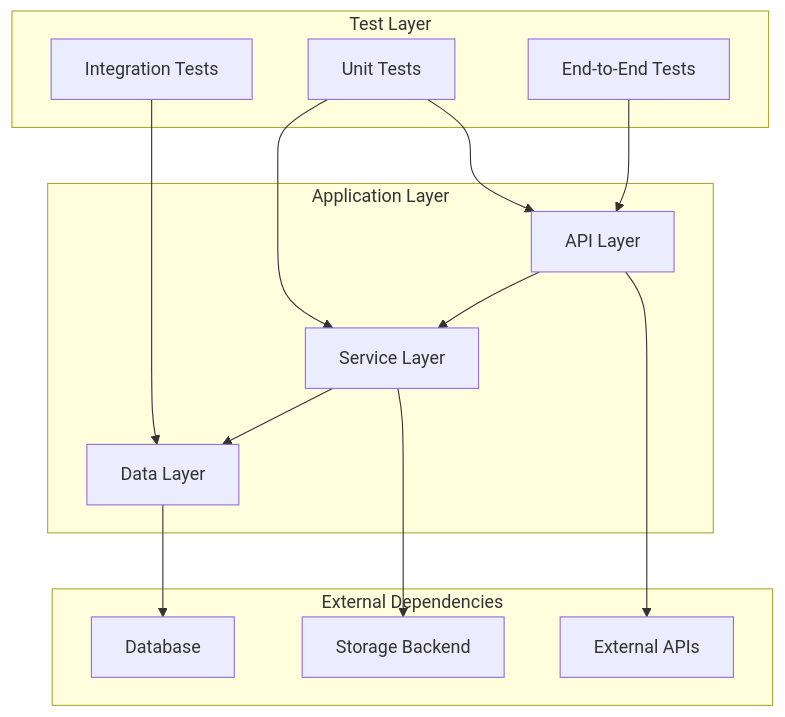
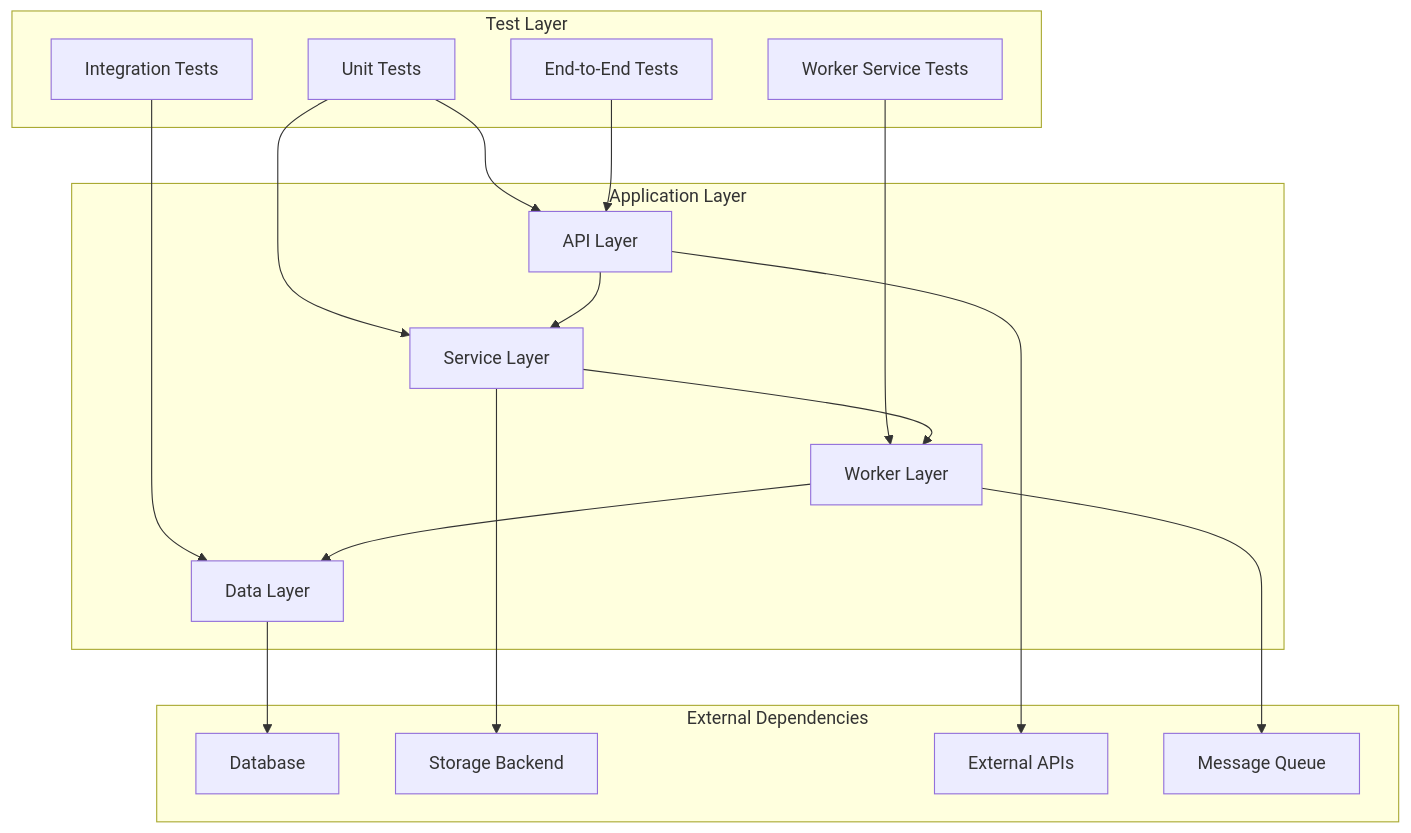
One commit to zuohaisu/wecom-archive changed the second of 8 diagrams in .qoder/repowiki/en/content/Testing & Quality Assurance/Unit Testing.md. Above: the diagram before and after it, drawn with Mermaid. The commit also changed other lines of this file and 90 other files, not shown here.

````diff
--- a/.qoder/repowiki/en/content/Testing & Quality Assurance/Unit Testing.md
+++ b/.qoder/repowiki/en/content/Testing & Quality Assurance/Unit Testing.md
@@ -110,27 +135,33 @@
 ```mermaid
 graph TD
 subgraph "Test Layer"
 unit_tests["Unit Tests"]
 integration_tests["Integration Tests"]
+worker_tests["Worker Service Tests"]
 e2e_tests["End-to-End Tests"]
 end
 subgraph "Application Layer"
 api_layer["API Layer"]
 service_layer["Service Layer"]
+worker_layer["Worker Layer"]
 data_layer["Data Layer"]
 end
 subgraph "External Dependencies"
 database["Database"]
 storage["Storage Backend"]
 external_apis["External APIs"]
+queue["Message Queue"]
 end
 unit_tests --> api_layer
 unit_tests --> service_layer
+worker_tests --> worker_layer
 integration_tests --> data_layer
 e2e_tests --> api_layer
 api_layer --> service_layer
-service_layer --> data_layer
+service_layer --> worker_layer
+worker_layer --> data_layer
 data_layer --> database
 service_layer --> storage
 api_layer --> external_apis
+worker_layer --> queue
 ```
````
